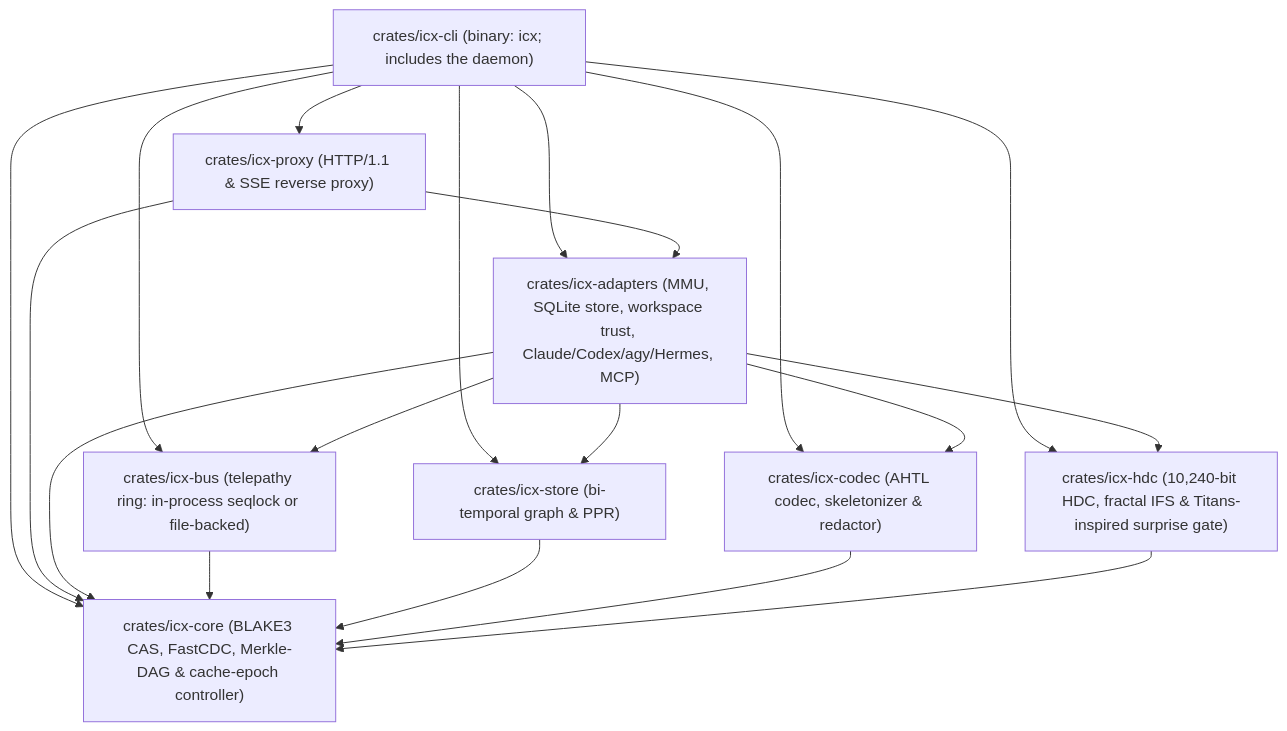
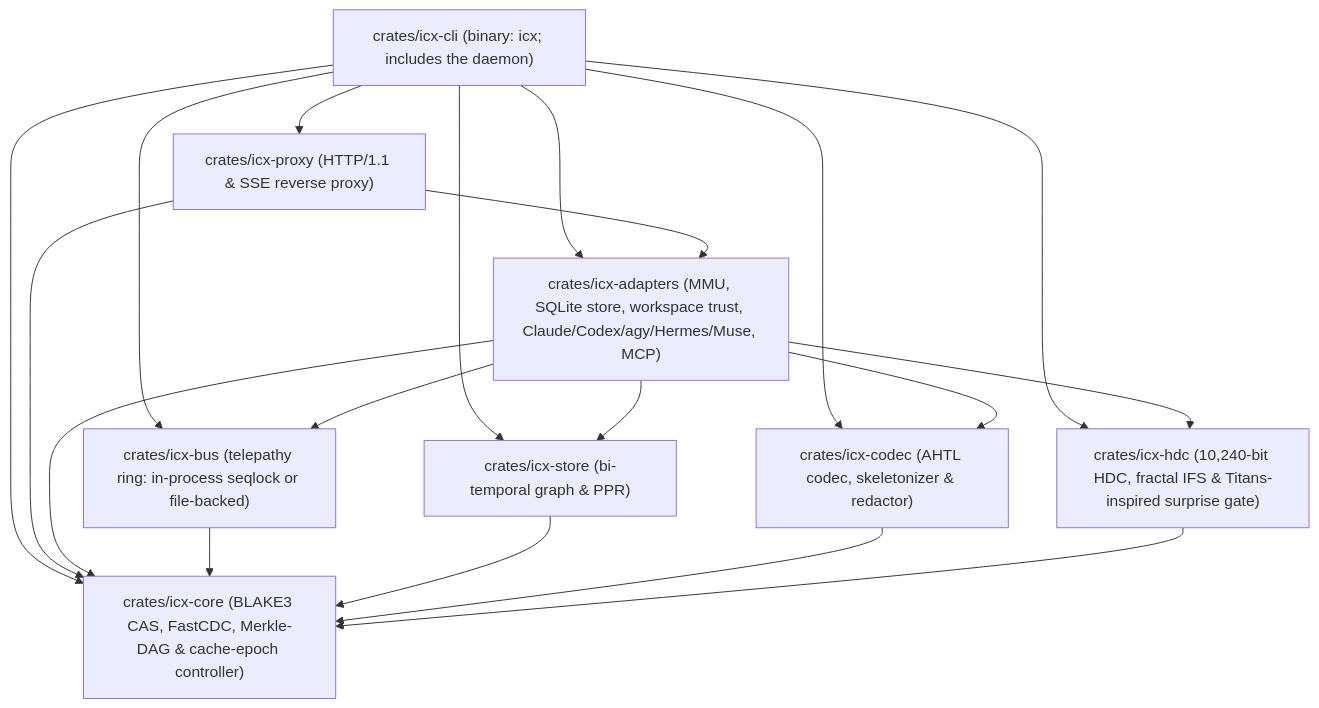
Before and after one commit to doublegate/Infinity-Context: the first of 2 diagrams in docs/architecture.md, drawn with Mermaid. The commit also changed other lines of this file and 25 other files, not shown here.

````diff
--- a/docs/architecture.md
+++ b/docs/architecture.md
@@ -38,19 +38,19 @@
 ```mermaid
 flowchart TD
     CLI["crates/icx-cli (binary: icx; includes the daemon)"]
     PROXY["crates/icx-proxy (HTTP/1.1 & SSE reverse proxy)"]
-    ADAPT["crates/icx-adapters (MMU, SQLite store, workspace trust, Claude/Codex/agy/Hermes, MCP)"]
+    ADAPT["crates/icx-adapters (MMU, SQLite store, workspace trust, Claude/Codex/agy/Hermes/Muse, MCP)"]
     BUS["crates/icx-bus (telepathy ring: in-process seqlock or file-backed)"]
     STORE["crates/icx-store (bi-temporal graph & PPR)"]
     CODEC["crates/icx-codec (AHTL codec, skeletonizer & redactor)"]
     HDC["crates/icx-hdc (10,240-bit HDC, fractal IFS & Titans-inspired surprise gate)"]
     CORE["crates/icx-core (BLAKE3 CAS, FastCDC, Merkle-DAG & cache-epoch controller)"]
 
     CLI --> PROXY & ADAPT & BUS & STORE & CODEC & HDC & CORE
     PROXY --> ADAPT & CORE
     ADAPT --> BUS & STORE & CODEC & HDC & CORE
     BUS --> CORE
     STORE --> CORE
     CODEC --> CORE
     HDC --> CORE
 ```
````
